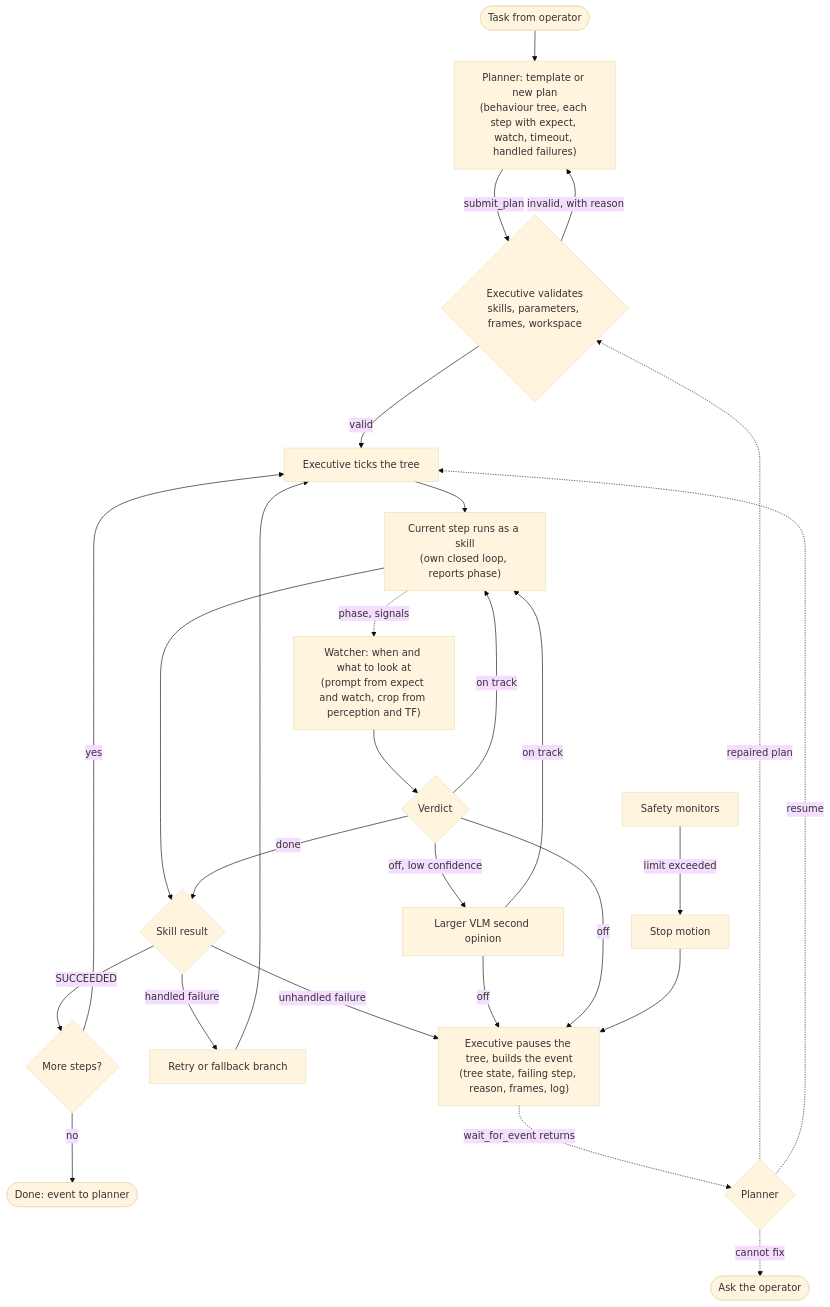
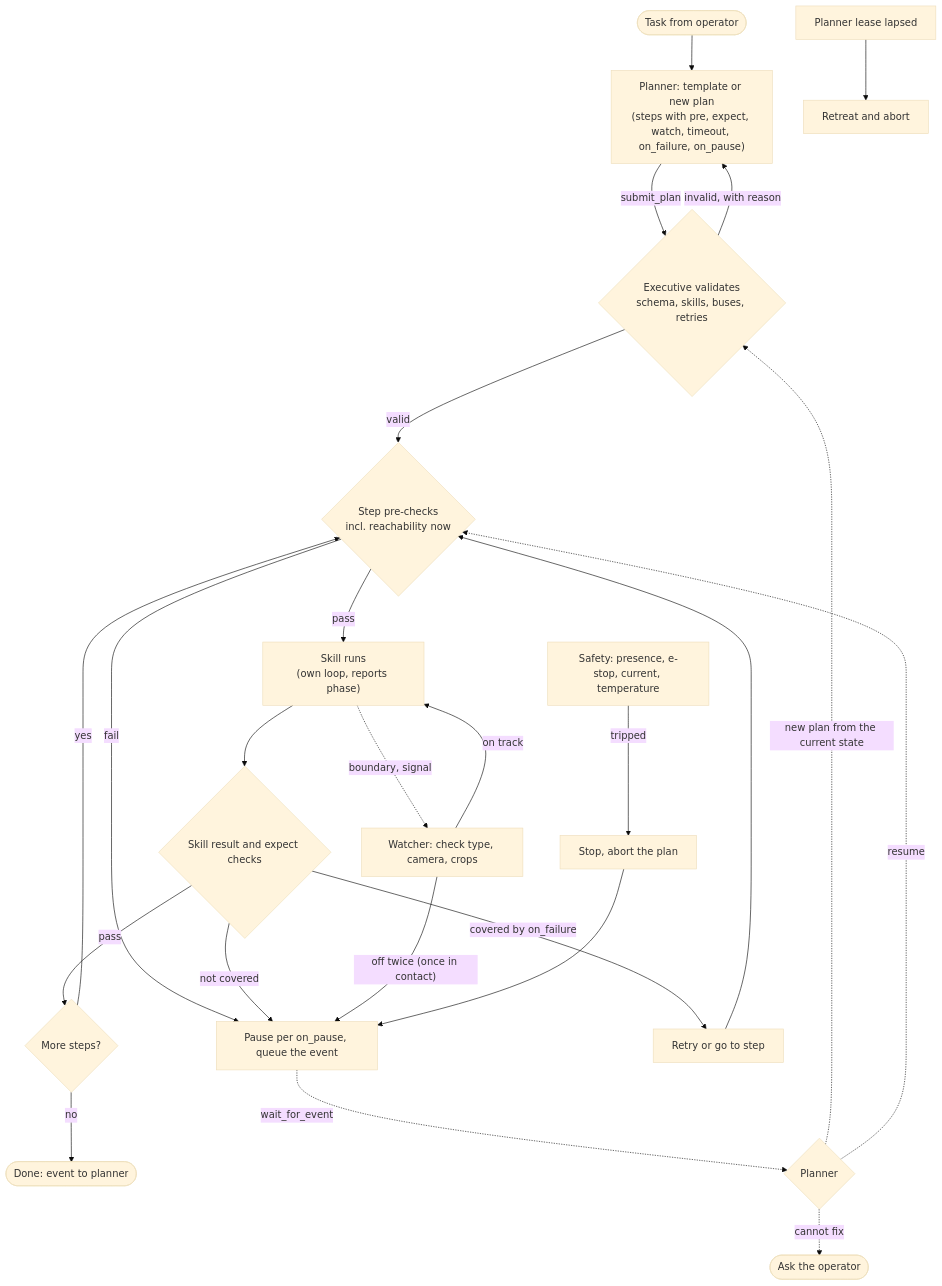
Before and after one commit to carlkesselman/ros2_xlerobot_2wheels: the diagram in docs/decisions/0006-plan-execute-watch.md, drawn with Mermaid (base theme). The commit also changed other lines of this file and 5 other files, not shown here.

````diff
--- a/docs/decisions/0006-plan-execute-watch.md
+++ b/docs/decisions/0006-plan-execute-watch.md
@@ -112,27 +143,24 @@
 ```mermaid
 flowchart TD
-  T([Task from operator]) --> P1["Planner: template or new plan<br/>(behaviour tree, each step with expect, watch, timeout, handled failures)"]
-  P1 -->|submit_plan| V{"Executive validates<br/>skills, parameters, frames, workspace"}
+  T([Task from operator]) --> P1["Planner: template or new plan<br/>(steps with pre, expect, watch, timeout, on_failure, on_pause)"]
+  P1 -->|submit_plan| V{"Executive validates<br/>schema, skills, buses, retries"}
   V -->|invalid, with reason| P1
-  V -->|valid| X[Executive ticks the tree]
-  X --> S["Current step runs as a skill<br/>(own closed loop, reports phase)"]
-  S --> R{Skill result}
-  R -->|SUCCEEDED| N{More steps?}
-  N -->|yes| X
+  V -->|valid| PRE{"Step pre-checks<br/>incl. reachability now"}
+  PRE -->|fail| E
+  PRE -->|pass| S["Skill runs<br/>(own loop, reports phase)"]
+  S --> R{"Skill result and expect checks"}
+  R -->|pass| N{More steps?}
+  N -->|yes| PRE
   N -->|no| D([Done: event to planner])
-  R -->|handled failure| F[Retry or fallback branch] --> X
-  R -->|unhandled failure| E
-  S -. phase, signals .-> W["Watcher: when and what to look at<br/>(prompt from expect and watch, crop from perception and TF)"]
-  W --> Q{Verdict}
-  Q -->|on track| S
-  Q -->|done| R
-  Q -->|off, low confidence| W2[Larger VLM second opinion]
-  W2 -->|on track| S
-  W2 -->|off| E
-  Q -->|off| E["Executive pauses the tree, builds the event<br/>(tree state, failing step, reason, frames, log)"]
-  M[Safety monitors] -->|limit exceeded| H[Stop motion] --> E
-  E -.->|wait_for_event returns| P2{Planner}
-  P2 -.->|repaired plan| V
-  P2 -.->|resume| X
+  R -->|covered by on_failure| F[Retry or go to step] --> PRE
+  R -->|not covered| E
+  S -. boundary, signal .-> W["Watcher: check type, camera, crops"]
+  W -->|on track| S
+  W -->|"off twice (once in contact)"| E["Pause per on_pause, queue the event"]
+  M["Safety: presence, e-stop, current, temperature"] -->|tripped| A[Stop, abort the plan] --> E
+  L[Planner lease lapsed] --> RT[Retreat and abort]
+  E -.->|wait_for_event| P2{Planner}
+  P2 -.->|new plan from the current state| V
+  P2 -.->|resume| PRE
   P2 -.->|cannot fix| O([Ask the operator])
 ```
````
